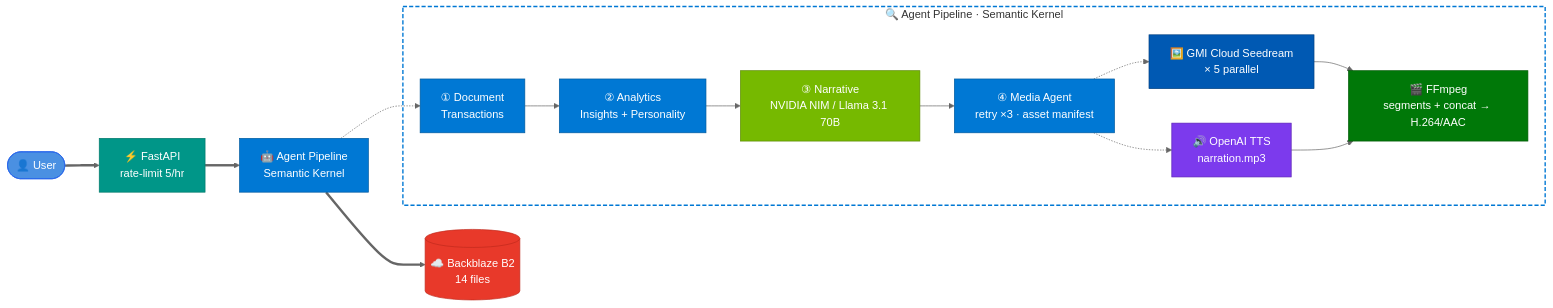
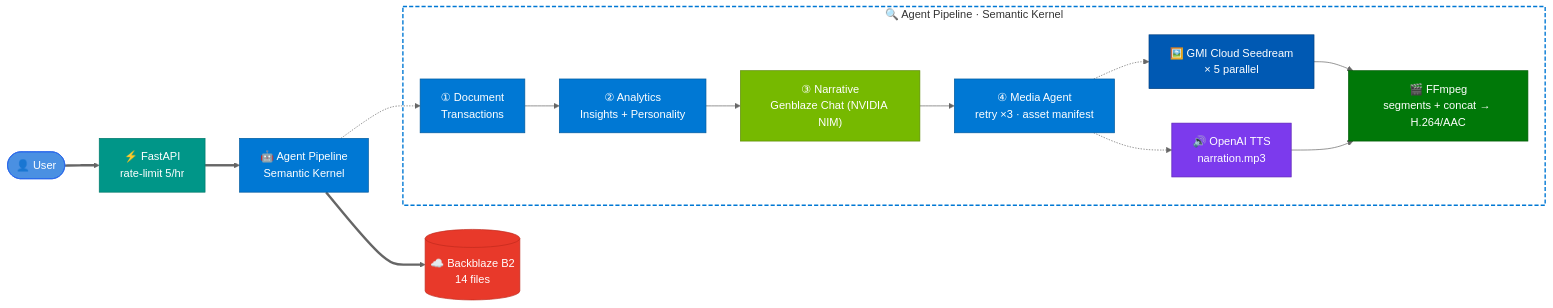
The diagram in README.md (iarjunganesh/bankers-wrapped), drawn with Mermaid (neutral theme) before and after one commit. The commit also changed other lines of this file and 34 other files, not shown here.

````diff
--- a/README.md
+++ b/README.md
@@ -86,37 +93,37 @@
 ```mermaid
 graph LR
     classDef user fill:#4A90E2,stroke:#2563EB,color:#fff
     classDef api  fill:#009688,stroke:#00796B,color:#fff
     classDef sk   fill:#0078D4,stroke:#005A9E,color:#fff
     classDef nim  fill:#76B900,stroke:#5A8A00,color:#fff
     classDef gmi  fill:#0059B3,stroke:#004080,color:#fff
     classDef ff   fill:#007808,stroke:#005A06,color:#fff
     classDef b2   fill:#E8392A,stroke:#C02A1D,color:#fff
     classDef tts  fill:#7C3AED,stroke:#5B21B6,color:#fff
 
     U(["👤 User"]):::user
     API["⚡ FastAPI<br/>rate-limit 5/hr"]:::api
     PL["🤖 Agent Pipeline<br/>Semantic Kernel"]:::sk
     B2[("☁️ Backblaze B2<br/>14 files")]:::b2
 
     U ==> API ==> PL ==> B2
 
     subgraph pipe["🔍 Agent Pipeline · Semantic Kernel"]
         A1["① Document<br/>Transactions"]:::sk
         A2["② Analytics<br/>Insights + Personality"]:::sk
-        A3["③ Narrative<br/>NVIDIA NIM / Llama 3.1 70B"]:::nim
+        A3["③ Narrative<br/>Genblaze Chat (NVIDIA NIM)"]:::nim
         A4["④ Media Agent<br/>retry ×3 · asset manifest"]:::sk
         GI["🖼️ GMI Cloud Seedream<br/>× 5 parallel"]:::gmi
         AU["🔊 OpenAI TTS<br/>narration.mp3"]:::tts
         FF["🎬 FFmpeg<br/>segments + concat → H.264/AAC"]:::ff
         A1 --> A2 --> A3 --> A4
         A4 -.-> GI
         A4 -.-> AU
         GI --> FF
         AU --> FF
     end
 
     style pipe fill:transparent,stroke:#0078D4,stroke-width:2px,stroke-dasharray:6 3
 
     PL -.-> A1
 ```
````
